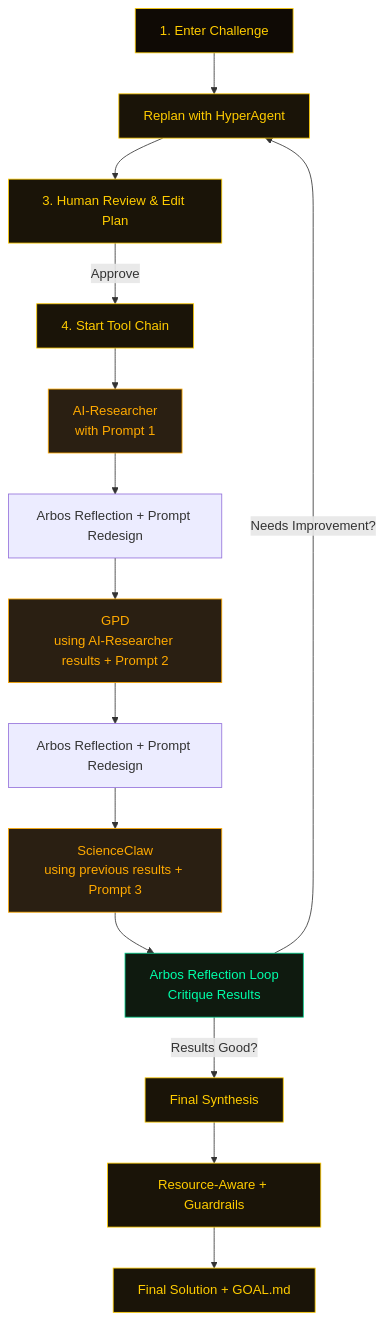
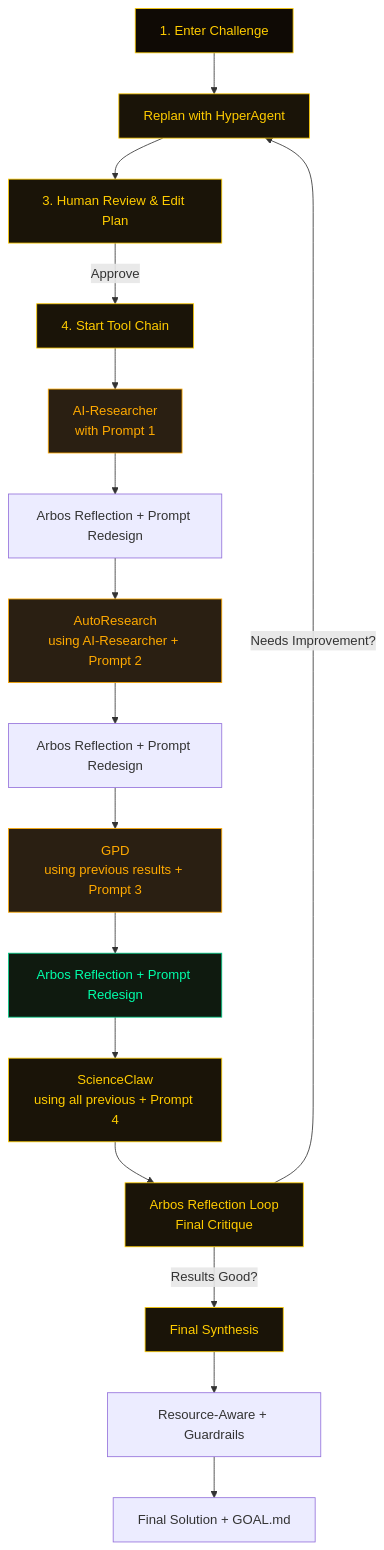
The diagram in README.md (jbequ5/SAGE-Enigma-Subnet), drawn with Mermaid before and after one commit. The commit also changed other lines of this file, not shown here.

````diff
--- a/README.md
+++ b/README.md
@@ -79,31 +77,33 @@
 ```mermaid
 flowchart TD
     A[1. Enter Challenge] --> B[2. HyperAgent Planning]
     B --> C[3. Human Review & Edit Plan]
     C -->|Approve| D[4. Start Tool Chain]
 
     D --> E[AI-Researcher<br>with Prompt 1]
     E --> F[Arbos Reflection + Prompt Redesign]
-    F --> G[GPD<br>using AI-Researcher results + Prompt 2]
+    F --> G[AutoResearch<br>using AI-Researcher + Prompt 2]
     G --> H[Arbos Reflection + Prompt Redesign]
-    H --> I[ScienceClaw<br>using previous results + Prompt 3]
-    I --> J[Arbos Reflection Loop<br>Critique Results]
+    H --> I[GPD<br>using previous results + Prompt 3]
+    I --> J[Arbos Reflection + Prompt Redesign]
+    J --> K[ScienceClaw<br>using all previous + Prompt 4]
+    K --> L[Arbos Reflection Loop<br>Final Critique]
 
-    J -->|Results Good?| K[Final Synthesis]
-    J -->|Needs Improvement?| B[Replan with HyperAgent]
+    L -->|Results Good?| M[Final Synthesis]
+    L -->|Needs Improvement?| B[Replan with HyperAgent]
 
-    K --> L[Resource-Aware + Guardrails]
-    L --> M[Final Solution + GOAL.md]
+    M --> N[Resource-Aware + Guardrails]
+    N --> O[Final Solution + GOAL.md]
 
     style A fill:#0f0a05,stroke:#ffcc00,color:#ffcc00
     style B fill:#1a1408,stroke:#ffcc00,color:#ffcc00
     style C fill:#1a1408,stroke:#ffcc00,color:#ffcc00
     style D fill:#1a1408,stroke:#ffcc00,color:#ffcc00
     style E fill:#2a1f12,stroke:#ffaa00,color:#ffaa00
     style G fill:#2a1f12,stroke:#ffaa00,color:#ffaa00
     style I fill:#2a1f12,stroke:#ffaa00,color:#ffaa00
     style J fill:#0f1a0f,stroke:#00cc88,color:#00ffaa
     style K fill:#1a1408,stroke:#ffcc00,color:#ffcc00
     style L fill:#1a1408,stroke:#ffcc00,color:#ffcc00
     style M fill:#1a1408,stroke:#ffcc00,color:#ffcc00
 ```
````
